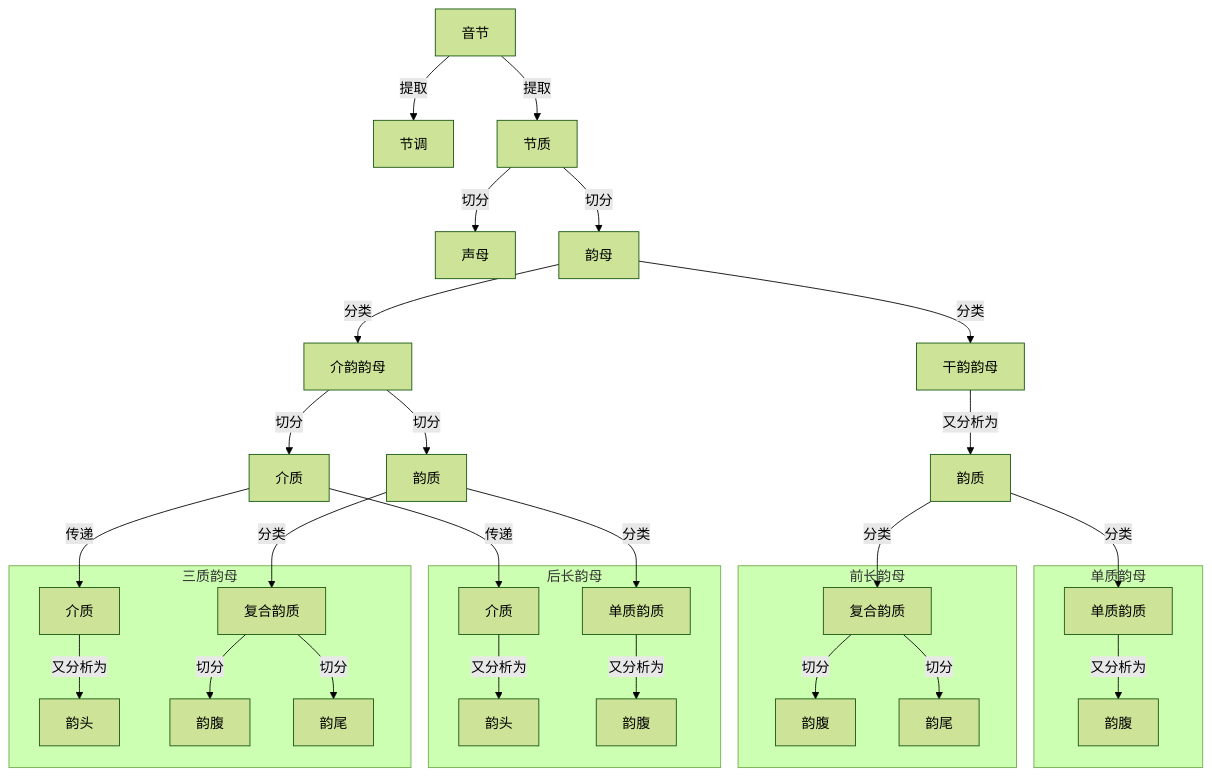
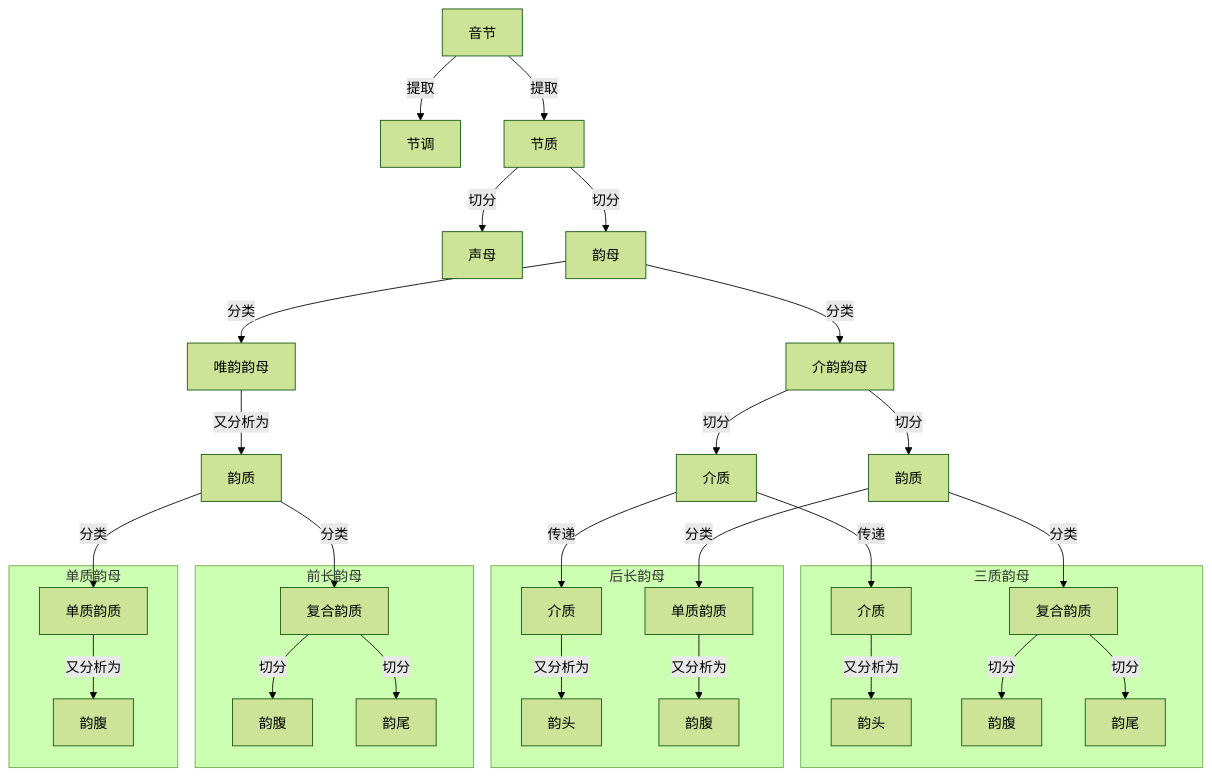
Before and after one commit to tsaanghwang/Yime-prototype: the diagram in YIME_Theory/flowchart/节调质素分析.mmd, drawn with Mermaid (forest theme). The commit also changed 49 other files, not shown here.

```diff
--- a/YIME_Theory/flowchart/节调质素分析.mmd
+++ b/YIME_Theory/flowchart/节调质素分析.mmd
@@ -1,32 +1,32 @@
 graph TB
     A[音节] --> |提取|B[节调]
     A --> |提取|C[节质]
     C --> |切分|D[声母]
     C --> |切分|E[韵母]
-    E --> |分类|F[干韵韵母]
+    E --> |分类|F[唯韵韵母]
     E --> |分类|G[介韵韵母]
     F --> |又分析为|H[韵质]
     G --> |切分|I[介质]
     G --> |切分|J[韵质]
     H --> |分类|K[单质韵质]
     H --> |分类|L[复合韵质]
     J --> |分类|M[单质韵质]
     J --> |分类|N[复合韵质]
     I --> |传递|O[介质]
     I --> |传递|P[介质]
-    subgraph 单质韵母[单质韵母]
-        K --> |又分析为|X[韵腹]
+    subgraph 三质韵母[三质韵母]
+        P --> |又分析为|Q[韵头]
+        N --> |切分|R[韵腹]
+        N --> |切分|S[韵尾]
+    end
+    subgraph 前长韵母[后长韵母]
+        O --> |又分析为|T[韵头]
+        M --> |又分析为|U[韵腹]
     end
     subgraph 后长韵母[前长韵母]
         L --> |切分|V[韵腹]
         L --> |切分|W[韵尾]
     end
-    subgraph 前长韵母[后长韵母]
-        O --> |又分析为|T[韵头]
-        M --> |又分析为|U[韵腹]
+    subgraph 单质韵母[单质韵母]
+        K --> |又分析为|X[韵腹]
     end
-    subgraph 三质韵母[三质韵母]
-        P --> |又分析为|Q[韵头]
-        N --> |切分|R[韵腹]
-        N --> |切分|S[韵尾]
-    end
```
